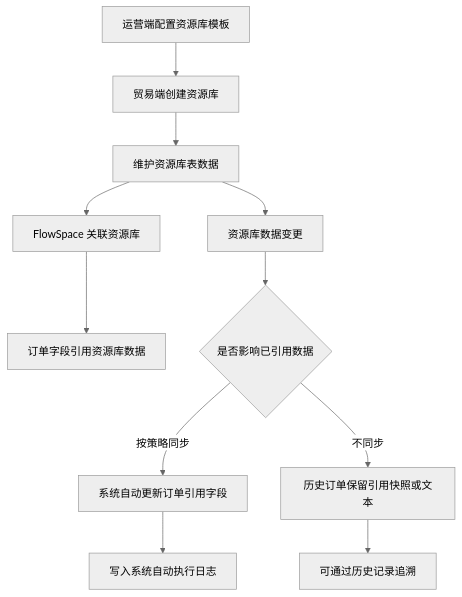
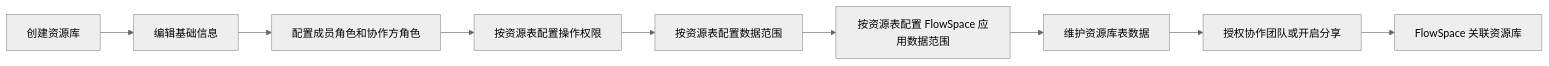
One commit to funlululu/linkincrease-pages changed the second of 2 diagrams in content/docs/30-业务流程与产品流程图/资源库引用与同步.md. Above: the diagram before and after it, drawn with Mermaid (neutral theme). The commit also changed other lines of this file and 208 other files, not shown here.

````diff
--- a/content/docs/30-业务流程与产品流程图/资源库引用与同步.md
+++ b/content/docs/30-业务流程与产品流程图/资源库引用与同步.md
@@ -10,13 +41,11 @@
 ```mermaid
-flowchart TD
-    A["运营端配置资源库模板"] --> B["贸易端创建资源库"]
-    B --> C["维护资源库表数据"]
-    C --> D["FlowSpace 关联资源库"]
-    D --> E["订单字段引用资源库数据"]
-    C --> F["资源库数据变更"]
-    F --> G{"是否影响已引用数据"}
-    G -->|按策略同步| H["系统自动更新订单引用字段"]
-    G -->|不同步| I["历史订单保留引用快照或文本"]
-    H --> J["写入系统自动执行日志"]
-    I --> K["可通过历史记录追溯"]
+flowchart LR
+    A["创建资源库"] --> B["编辑基础信息"]
+    B --> C["配置成员角色和协作方角色"]
+    C --> D["按资源表配置操作权限"]
+    D --> E["按资源表配置数据范围"]
+    E --> F["按资源表配置 FlowSpace 应用数据范围"]
+    F --> G["维护资源库表数据"]
+    G --> H["授权协作团队或开启分享"]
+    H --> I["FlowSpace 关联资源库"]
 ```
````
